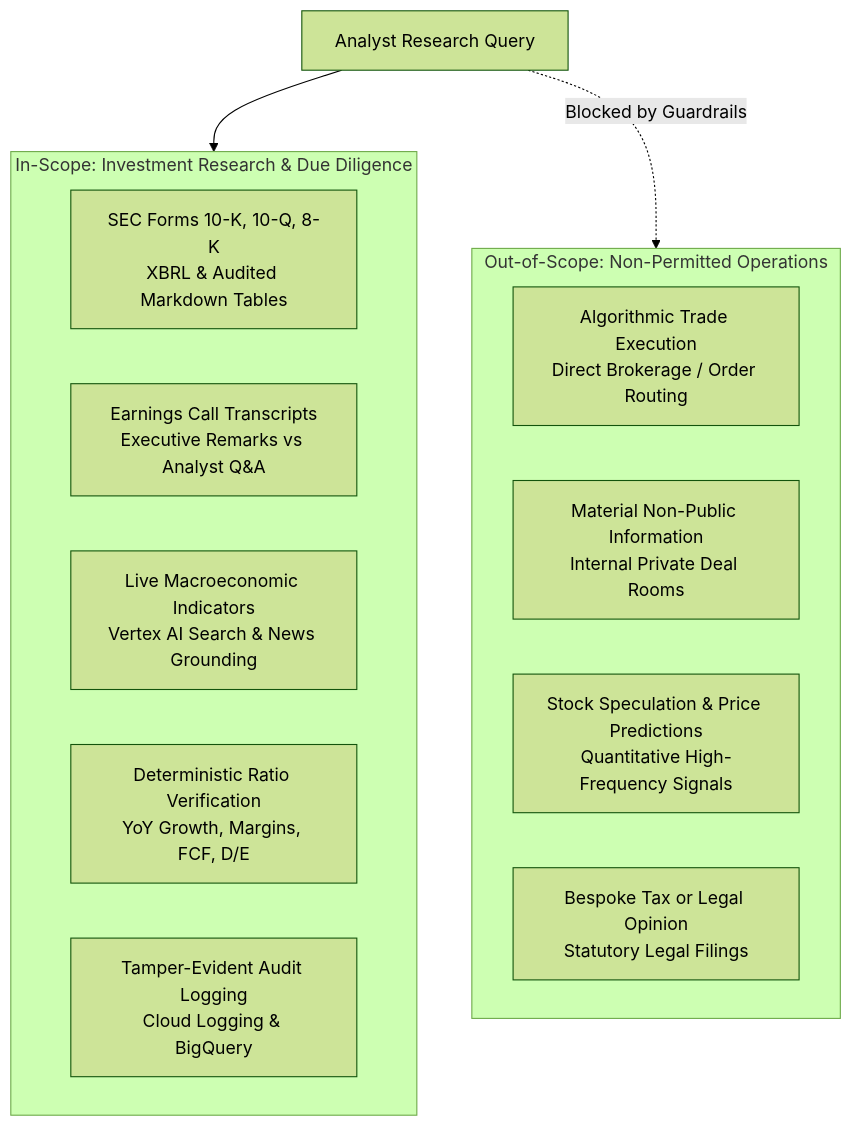
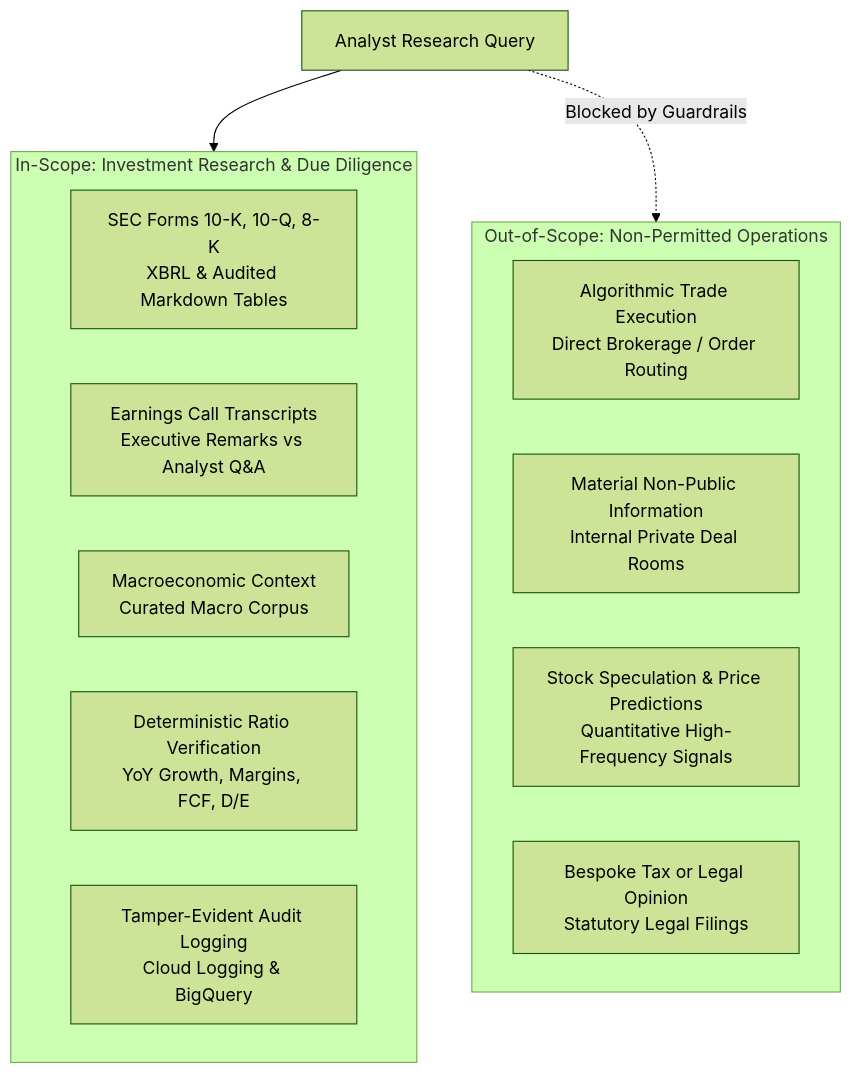
The second of 2 diagrams in docs/prd_functional_requirements.md (Ignotus-21/Finance-Agent---Investment-Research-Agent), drawn with Mermaid (forest theme) before and after one commit. The commit also changed other lines of this file and 27 other files, not shown here.

````diff
--- a/docs/prd_functional_requirements.md
+++ b/docs/prd_functional_requirements.md
@@ -79,20 +79,20 @@
 ```mermaid
 graph TD
     subgraph InScopeBoundary [In-Scope: Investment Research & Due Diligence]
         FilingData[SEC Forms 10-K, 10-Q, 8-K<br/>XBRL & Audited Markdown Tables]
         TranscriptData[Earnings Call Transcripts<br/>Executive Remarks vs Analyst Q&A]
-        MacroData[Live Macroeconomic Indicators<br/>Vertex AI Search & News Grounding]
+        MacroData[Macroeconomic Context<br/>Curated Macro Corpus]
         RatioEngine[Deterministic Ratio Verification<br/>YoY Growth, Margins, FCF, D/E]
         AuditLog[Tamper-Evident Audit Logging<br/>Cloud Logging & BigQuery]
     end
 
     subgraph OutOfScopeBoundary [Out-of-Scope: Non-Permitted Operations]
         Trading[Algorithmic Trade Execution<br/>Direct Brokerage / Order Routing]
         MNPI[Material Non-Public Information<br/>Internal Private Deal Rooms]
         PriceTarget[Stock Speculation & Price Predictions<br/>Quantitative High-Frequency Signals]
         TaxLegal[Bespoke Tax or Legal Opinion<br/>Statutory Legal Filings]
     end
 
     InputRequest[Analyst Research Query] --> InScopeBoundary
     InputRequest -.->|Blocked by Guardrails| OutOfScopeBoundary
 ```
````
